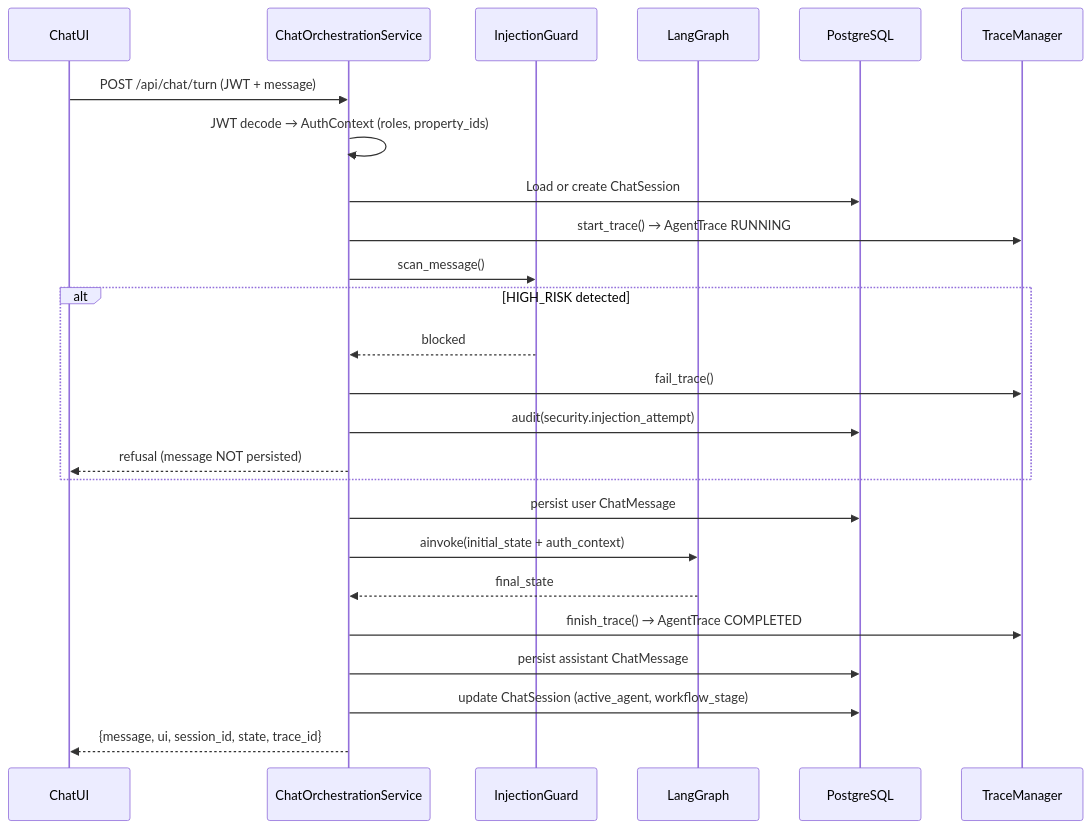
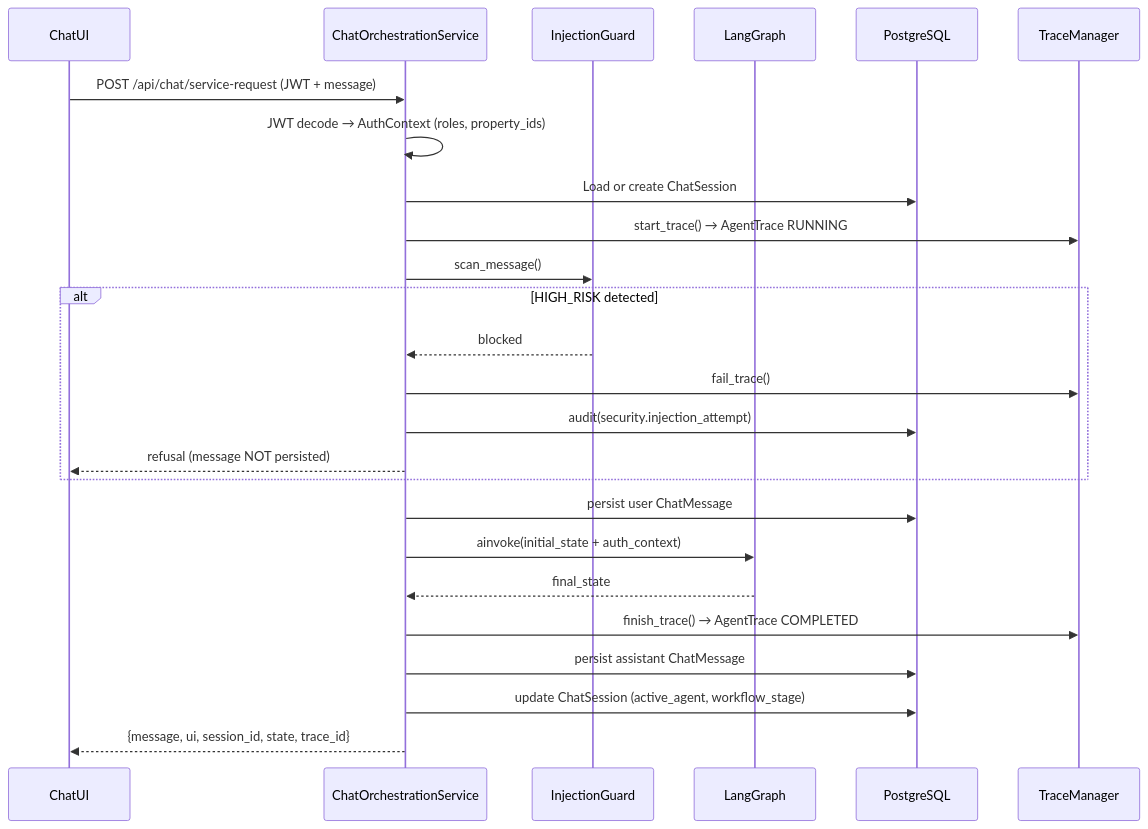
One commit to swa01wk/Cenomi-RDD-Chatbot changed the second of 10 diagrams in service-request-chatbot/docs/helper-agent-pipeline.md. Above: the diagram before and after it, drawn with Mermaid. The commit also changed other lines of this file and 29 other files, not shown here.

````diff
--- a/service-request-chatbot/docs/helper-agent-pipeline.md
+++ b/service-request-chatbot/docs/helper-agent-pipeline.md
@@ -131,28 +131,28 @@
 ```mermaid
 sequenceDiagram
     participant FE as ChatUI
     participant Orch as ChatOrchestrationService
     participant Guard as InjectionGuard
     participant Graph as LangGraph
     participant DB as PostgreSQL
     participant Trace as TraceManager
 
-    FE->>Orch: POST /api/chat/turn (JWT + message)
+    FE->>Orch: POST /api/chat/service-request (JWT + message)
     Orch->>Orch: JWT decode → AuthContext (roles, property_ids)
     Orch->>DB: Load or create ChatSession
     Orch->>Trace: start_trace() → AgentTrace RUNNING
     Orch->>Guard: scan_message()
     alt HIGH_RISK detected
         Guard-->>Orch: blocked
         Orch->>Trace: fail_trace()
         Orch->>DB: audit(security.injection_attempt)
         Orch-->>FE: refusal (message NOT persisted)
     end
     Orch->>DB: persist user ChatMessage
     Orch->>Graph: ainvoke(initial_state + auth_context)
     Graph-->>Orch: final_state
     Orch->>Trace: finish_trace() → AgentTrace COMPLETED
     Orch->>DB: persist assistant ChatMessage
     Orch->>DB: update ChatSession (active_agent, workflow_stage)
     Orch-->>FE: {message, ui, session_id, state, trace_id}
 ```
````
